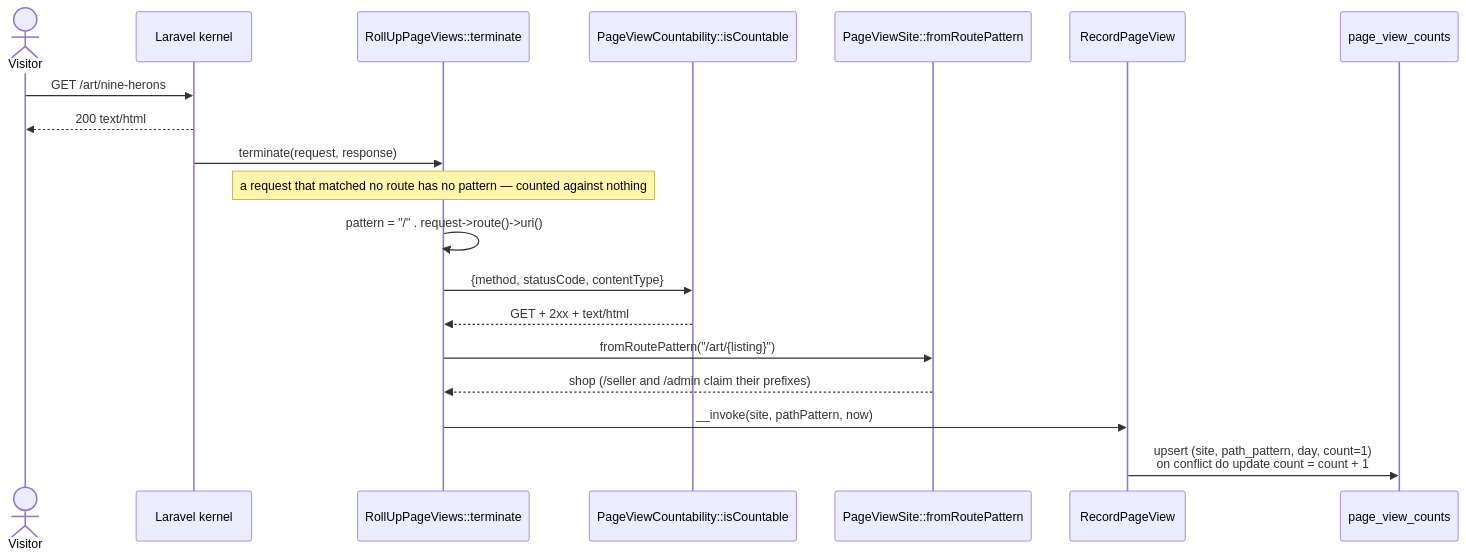
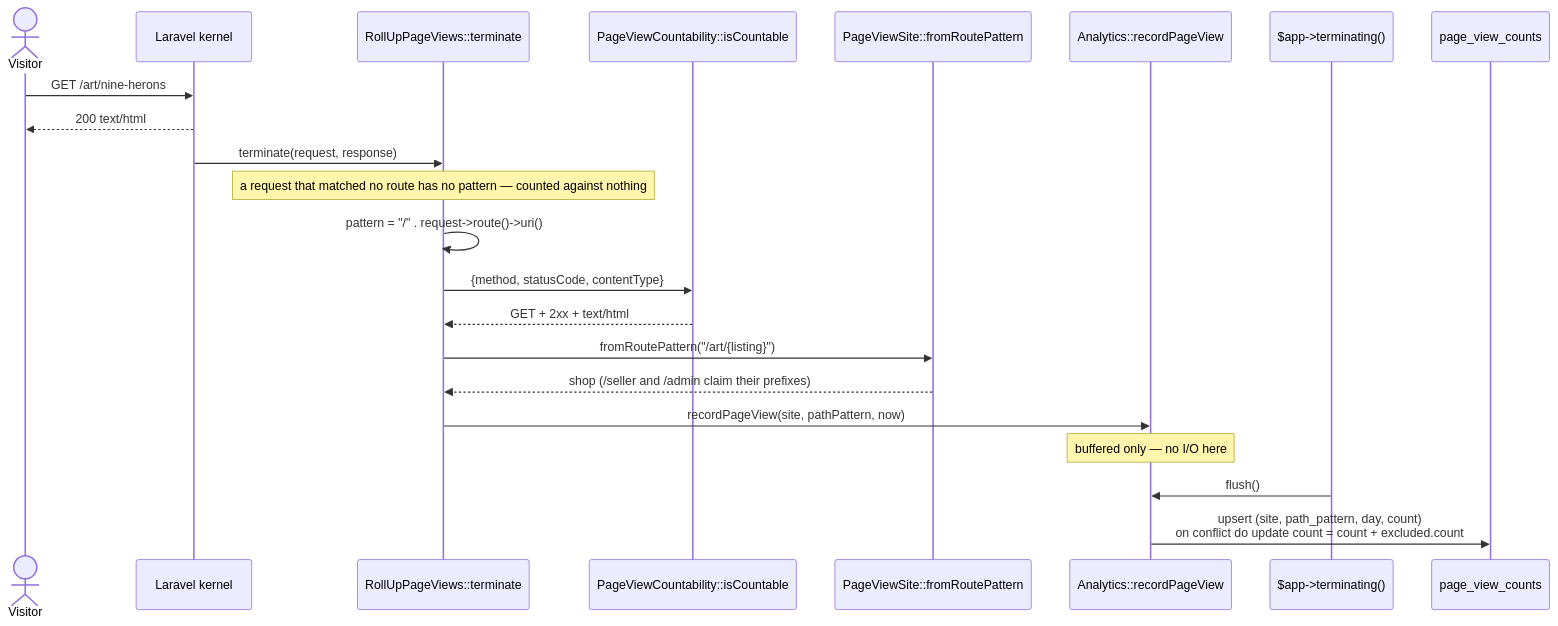
The third of 7 diagrams in prototype/php/docs/admin.md (jonathan-beebe/art-store), drawn with Mermaid before and after one commit. The commit also changed other lines of this file and 92 other files, not shown here.

````diff
--- a/prototype/php/docs/admin.md
+++ b/prototype/php/docs/admin.md
@@ -183,22 +183,25 @@
 ```mermaid
 sequenceDiagram
     actor Visitor
     participant Kernel as Laravel kernel
     participant Roll as RollUpPageViews::terminate
     participant Countable as PageViewCountability::isCountable
     participant Site as PageViewSite::fromRoutePattern
-    participant Record as RecordPageView
+    participant Analytics as Analytics::recordPageView
+    participant Term as $app->terminating()
     participant Counts as page_view_counts
 
     Visitor->>Kernel: GET /art/nine-herons
     Kernel-->>Visitor: 200 text/html
     Kernel->>Roll: terminate(request, response)
     Note over Roll: a request that matched no route has no pattern — counted against nothing
     Roll->>Roll: pattern = "/" . request->route()->uri()
     Roll->>Countable: {method, statusCode, contentType}
     Countable-->>Roll: GET + 2xx + text/html
     Roll->>Site: fromRoutePattern("/art/{listing}")
     Site-->>Roll: shop (/seller and /admin claim their prefixes)
-    Roll->>Record: __invoke(site, pathPattern, now)
-    Record->>Counts: upsert (site, path_pattern, day, count=1)<br/>on conflict do update count = count + 1
+    Roll->>Analytics: recordPageView(site, pathPattern, now)
+    Note over Analytics: buffered only — no I/O here
+    Term->>Analytics: flush()
+    Analytics->>Counts: upsert (site, path_pattern, day, count)<br/>on conflict do update count = count + excluded.count
 ```
````
